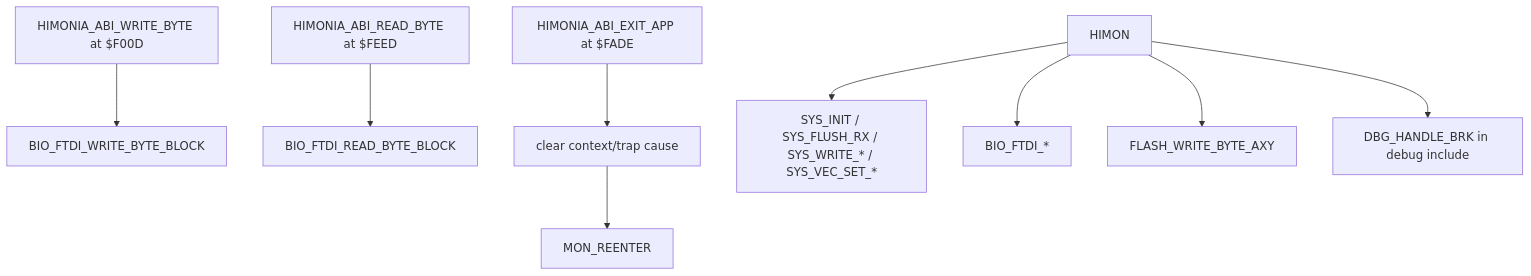
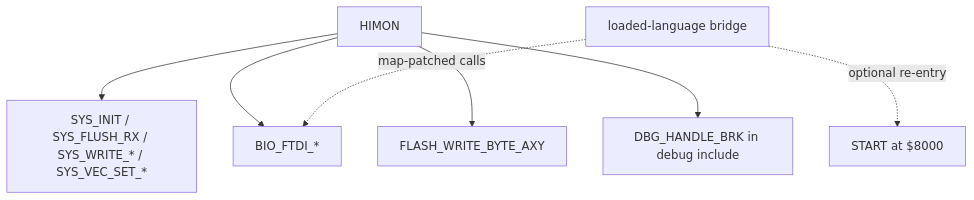
One commit to 95westus/R-YORS changed the seventh of 7 diagrams in DOC/GUIDES/HIMON_MAP.md. Above: the diagram before and after it, drawn with Mermaid. The commit also changed other lines of this file and 48 other files, not shown here.

````diff
--- a/DOC/GUIDES/HIMON_MAP.md
+++ b/DOC/GUIDES/HIMON_MAP.md
@@ -244,12 +244,9 @@
 ```mermaid
 flowchart TD
-    HWRITE[HIMONIA_ABI_WRITE_BYTE at $F00D] --> FTDIW[BIO_FTDI_WRITE_BYTE_BLOCK]
-    HREAD[HIMONIA_ABI_READ_BYTE at $FEED] --> FTDIR[BIO_FTDI_READ_BYTE_BLOCK]
-    HEXIT[HIMONIA_ABI_EXIT_APP at $FADE] --> CLEAN[clear context/trap cause]
-    CLEAN --> REENTER[MON_REENTER]
-
     HIMON[HIMON] --> SYS[SYS_INIT / SYS_FLUSH_RX / SYS_WRITE_* / SYS_VEC_SET_*]
     HIMON --> BIO[BIO_FTDI_*]
     HIMON --> FLASH[FLASH_WRITE_BYTE_AXY]
     HIMON --> DBGEXT[DBG_HANDLE_BRK in debug include]
+    APP[loaded-language bridge] -.map-patched calls.-> BIO
+    APP -.optional re-entry.-> START[START at $8000]
 ```
````
